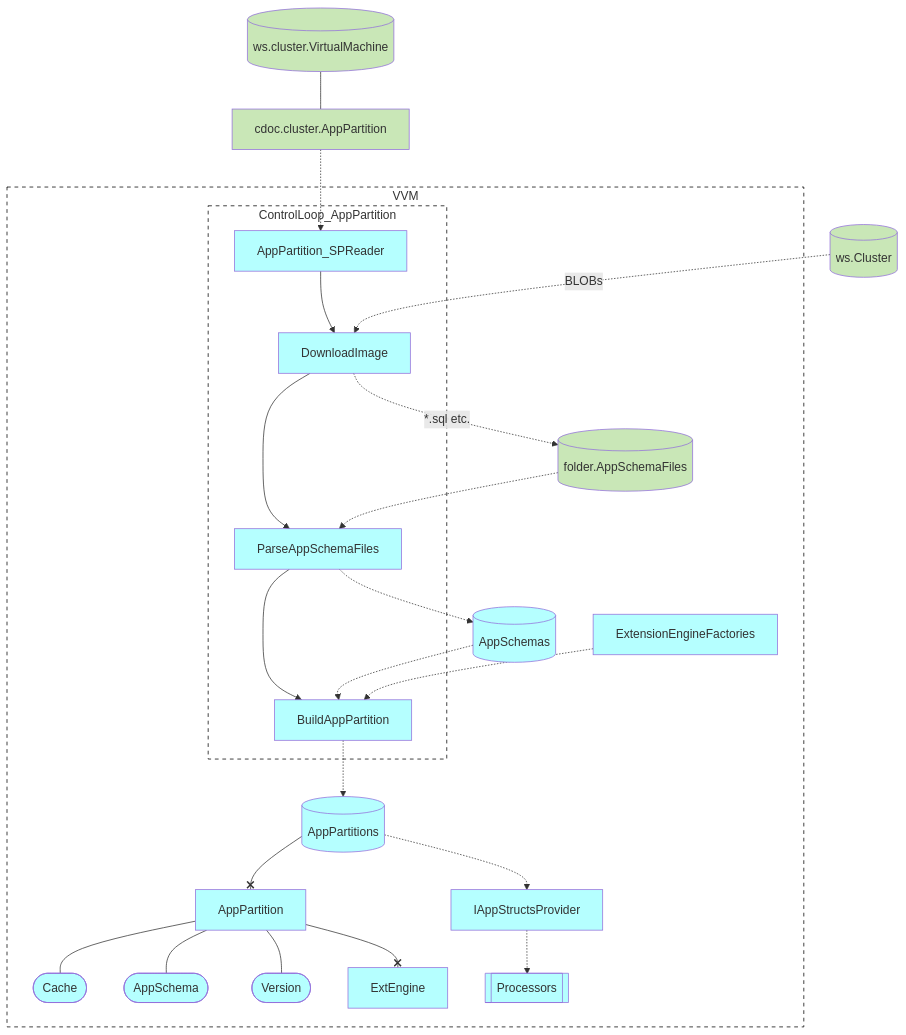
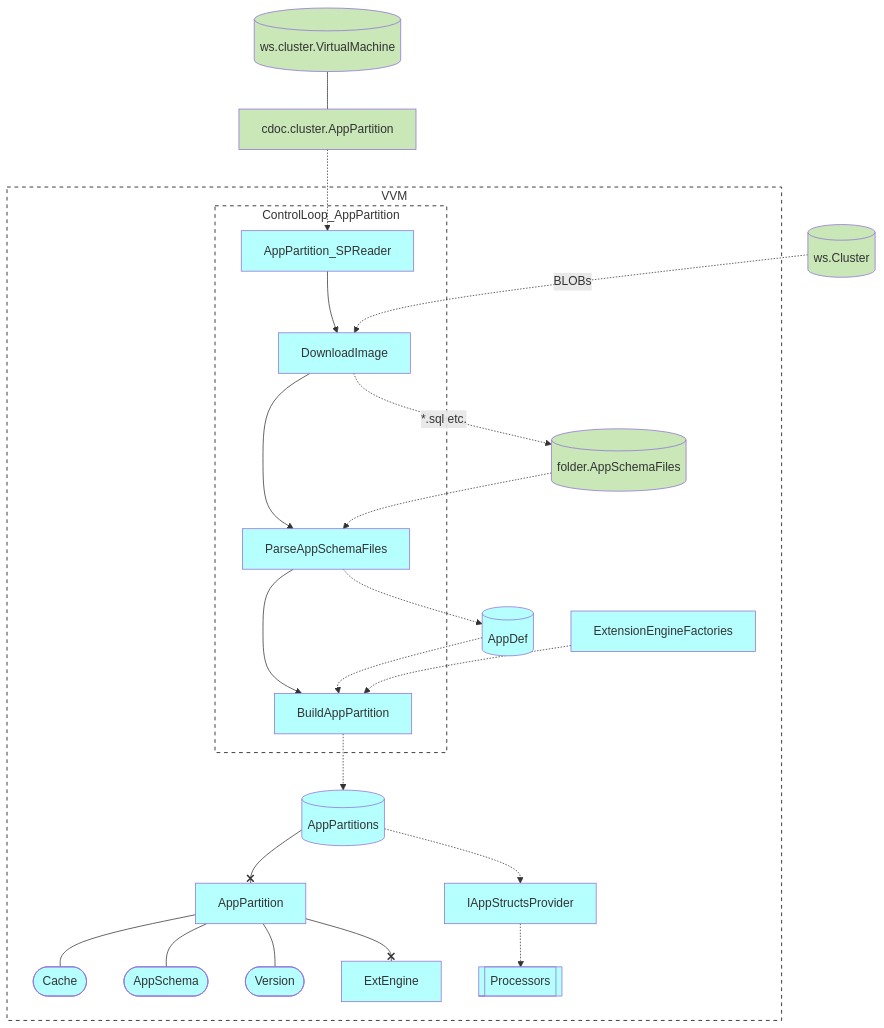
The third of 3 diagrams in design/vvm/README.md (voedger/voedger), drawn with Mermaid before and after one commit. The commit also changed 94 other files, not shown here.

Commit message:
rename `SchemaCache` to `IAppDef`

````diff
--- a/design/vvm/README.md
+++ b/design/vvm/README.md
@@ -79,67 +79,67 @@
 ```mermaid
 flowchart TD
 
   %% Entities =================================
 
   ws.cluster.VirtualMachine[(ws.cluster.VirtualMachine)]:::H
   ws.Cluster[(ws.Cluster)]:::H
   cdoc.cluster.AppPartition:::H
 
   VVM:::G
   subgraph VVM
     ControlLoop_AppPartition:::G
     subgraph ControlLoop_AppPartition
       AppPartition_SPReader:::S
       DownloadImage:::S
       ParseAppSchemaFiles:::S
       BuildAppPartition:::S
       DownloadImage --> ParseAppSchemaFiles
       ParseAppSchemaFiles --> BuildAppPartition     
     end
     AppSchemaFiles[(folder.AppSchemaFiles)]:::H
-    AppSchemas[(AppSchemas)]:::S
+    AppDef[(AppDef)]:::S
     AppPartitions[(AppPartitions)]:::S
     AppPartition:::S
       Cache([Cache]):::S
       AppSchema([AppSchema]):::S
       Version([Version]):::S
     ExtEngine:::S
       
     IAppStructsProvider:::S
     Processors[[Processors]]:::S
 
 
     ExtensionEngineFactories:::S
 
   end
 
 
   %% Relations =================================
 
   ws.cluster.VirtualMachine --- cdoc.cluster.AppPartition
   cdoc.cluster.AppPartition -.-> AppPartition_SPReader
   AppPartition_SPReader --> DownloadImage
 
   ws.Cluster -.-> |BLOBs| DownloadImage
   DownloadImage -.-> |*.sql etc.| AppSchemaFiles
   AppSchemaFiles -.-> ParseAppSchemaFiles
-  ParseAppSchemaFiles -.-> AppSchemas
-  AppSchemas -.-> BuildAppPartition
+  ParseAppSchemaFiles -.-> AppDef
+  AppDef -.-> BuildAppPartition
   ExtensionEngineFactories -.-> BuildAppPartition
   BuildAppPartition -.-> AppPartitions
 
   AppPartitions --x AppPartition
   AppPartition --- Cache
   AppPartition --- AppSchema
   AppPartition --- Version
   AppPartition --x ExtEngine
 
   AppPartitions -.-> IAppStructsProvider
   IAppStructsProvider -.-> Processors
   
 
   classDef G fill:#FFFFFF,stroke:#000000, stroke-width:1px, stroke-dasharray: 5 5
   classDef B fill:#FFFFB5,color:#333
   classDef S fill:#B5FFFF
   classDef H fill:#C9E7B7
 ```
````
